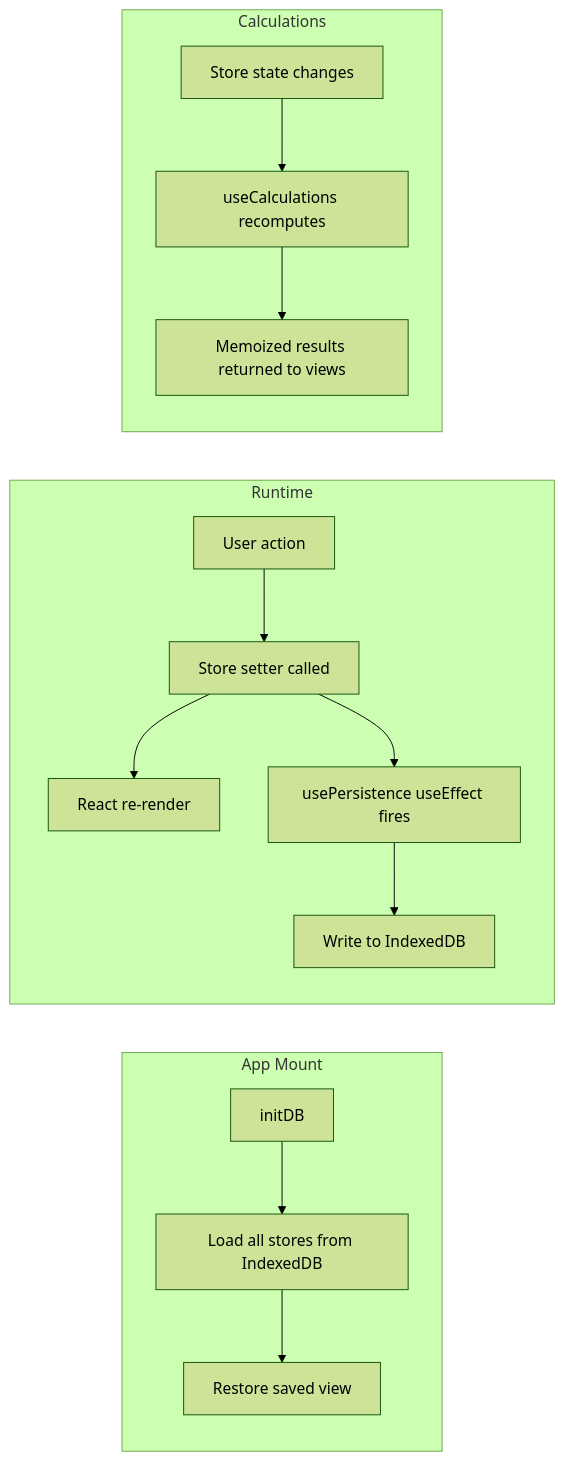
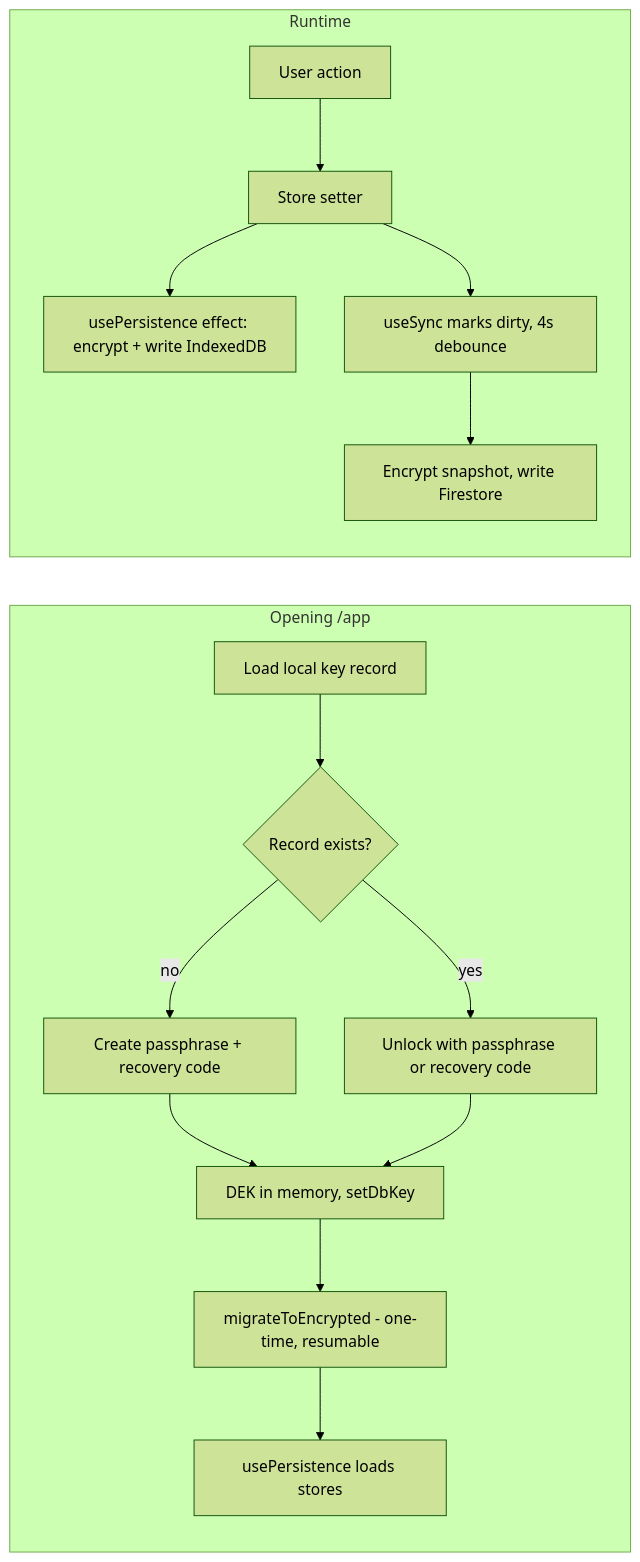
Before and after one commit to Technical-1/All-About-Me: the second of 2 diagrams in public/data/portfolio/Personal-Budget-Tool/architecture.md, drawn with Mermaid (forest theme). The commit also changed other lines of this file and 63 other files, not shown here.

````diff
--- a/public/data/portfolio/Personal-Budget-Tool/architecture.md
+++ b/public/data/portfolio/Personal-Budget-Tool/architecture.md
@@ -68,19 +83,19 @@
 ```mermaid
 flowchart LR
-    subgraph Mount["App Mount"]
-        A[initDB] --> B[Load all stores from IndexedDB]
-        B --> C[Restore saved view]
+    subgraph Boot["Opening /app"]
+        A[Load local key record] --> B{Record exists?}
+        B -->|no| C[Create passphrase + recovery code]
+        B -->|yes| D[Unlock with passphrase or recovery code]
+        C --> E[DEK in memory, setDbKey]
+        D --> E
+        E --> F[migrateToEncrypted - one-time, resumable]
+        F --> G[usePersistence loads stores]
     end
 
     subgraph Runtime["Runtime"]
-        D[User action] --> E[Store setter called]
-        E --> F[React re-render]
-        E --> G[usePersistence useEffect fires]
-        G --> H[Write to IndexedDB]
-    end
-
-    subgraph Calc["Calculations"]
-        I[Store state changes] --> J[useCalculations recomputes]
-        J --> K[Memoized results returned to views]
+        H[User action] --> I[Store setter]
+        I --> J[usePersistence effect: encrypt + write IndexedDB]
+        I --> K[useSync marks dirty, 4s debounce]
+        K --> L[Encrypt snapshot, write Firestore]
     end
 ```
````
